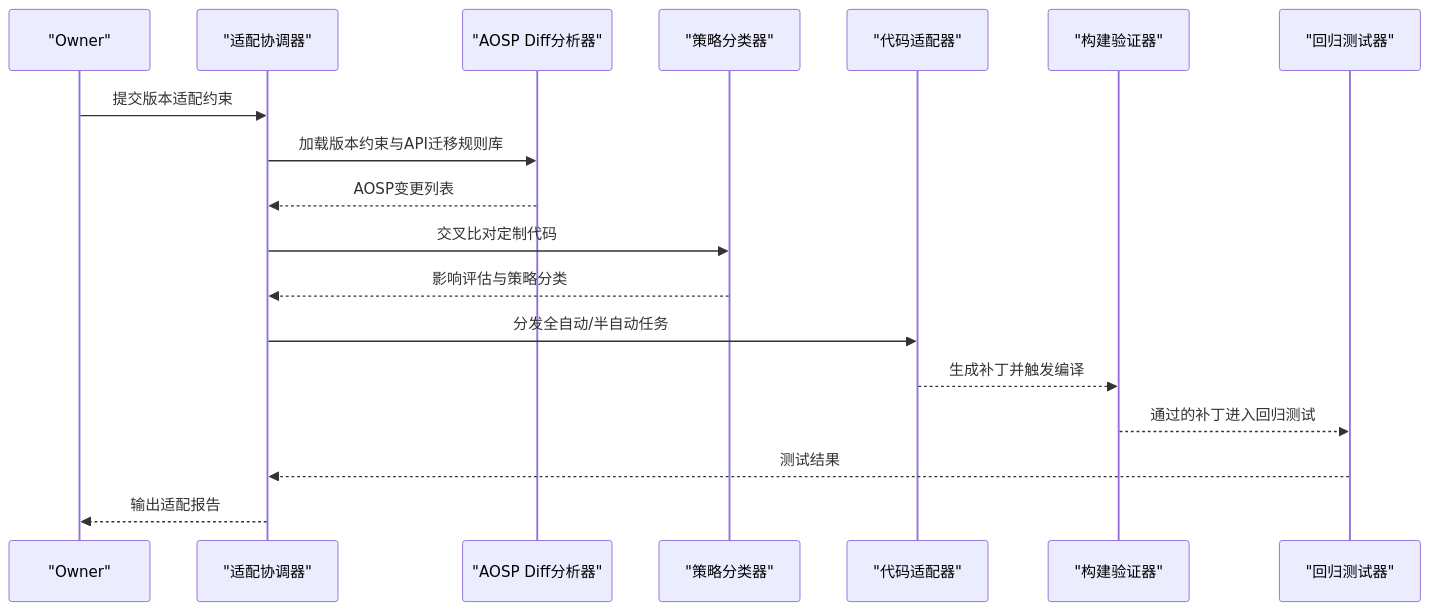
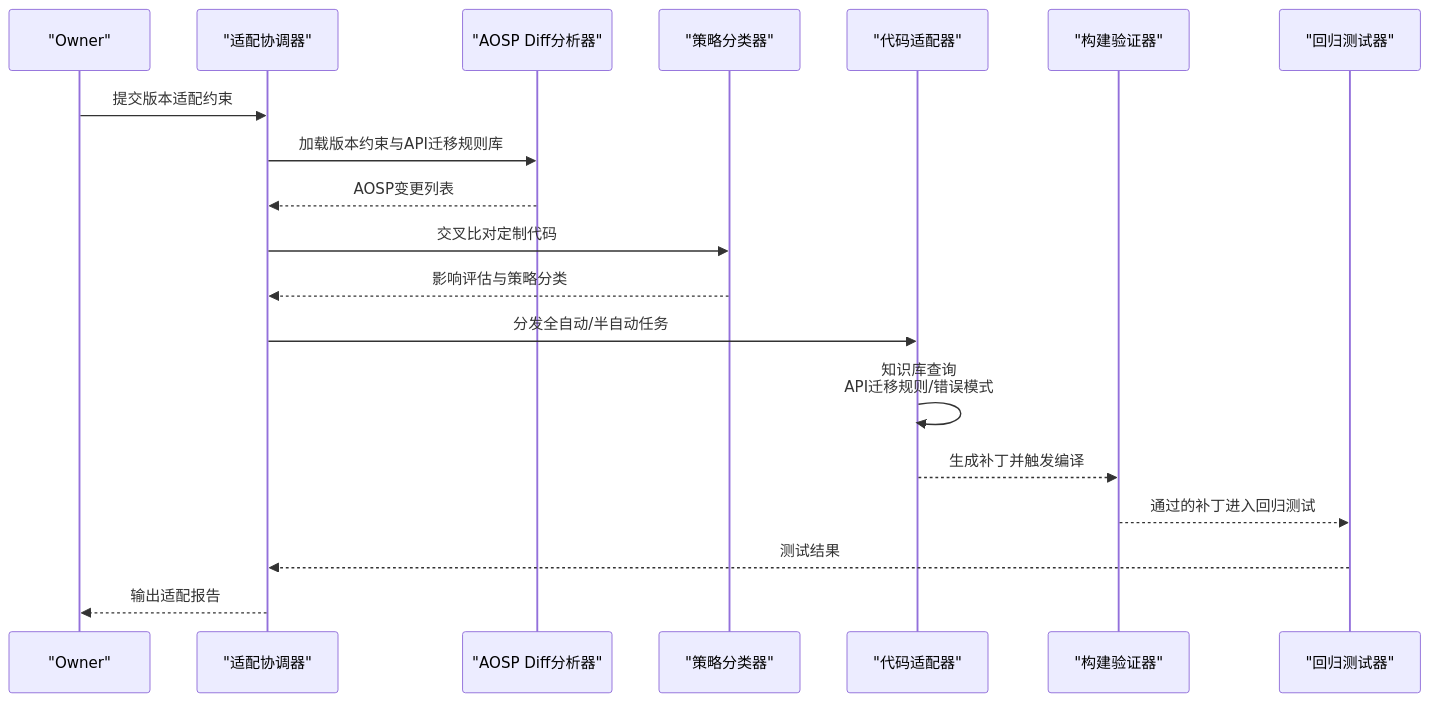
Before and after one commit to afcartevil/automated-test-script: the fourth of 6 diagrams in .qoder/repowiki/zh/content/项目概述/系统架构总览.md, drawn with Mermaid. The commit also changed other lines of this file and 650 other files, not shown here.

````diff
--- a/.qoder/repowiki/zh/content/项目概述/系统架构总览.md
+++ b/.qoder/repowiki/zh/content/项目概述/系统架构总览.md
@@ -184,20 +231,21 @@
 ```mermaid
 sequenceDiagram
 participant Owner as "Owner"
 participant Coordinator as "适配协调器"
 participant Analyzer as "AOSP Diff分析器"
 participant Planner as "策略分类器"
 participant Adapter as "代码适配器"
 participant Verifier as "构建验证器"
 participant Tester as "回归测试器"
 Owner->>Coordinator : 提交版本适配约束
 Coordinator->>Analyzer : 加载版本约束与API迁移规则库
 Analyzer-->>Coordinator : AOSP变更列表
 Coordinator->>Planner : 交叉比对定制代码
 Planner-->>Coordinator : 影响评估与策略分类
 Coordinator->>Adapter : 分发全自动/半自动任务
+Adapter->>Adapter : 知识库查询<br/>API迁移规则/错误模式
 Adapter-->>Verifier : 生成补丁并触发编译
 Verifier-->>Tester : 通过的补丁进入回归测试
 Tester-->>Coordinator : 测试结果
 Coordinator-->>Owner : 输出适配报告
 ```
````
